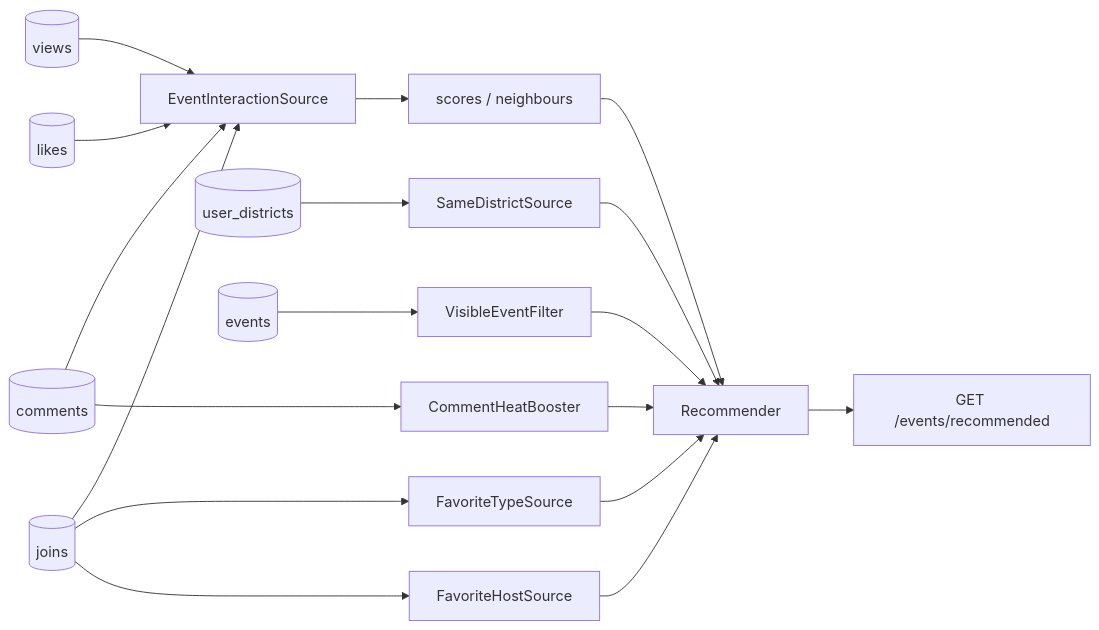
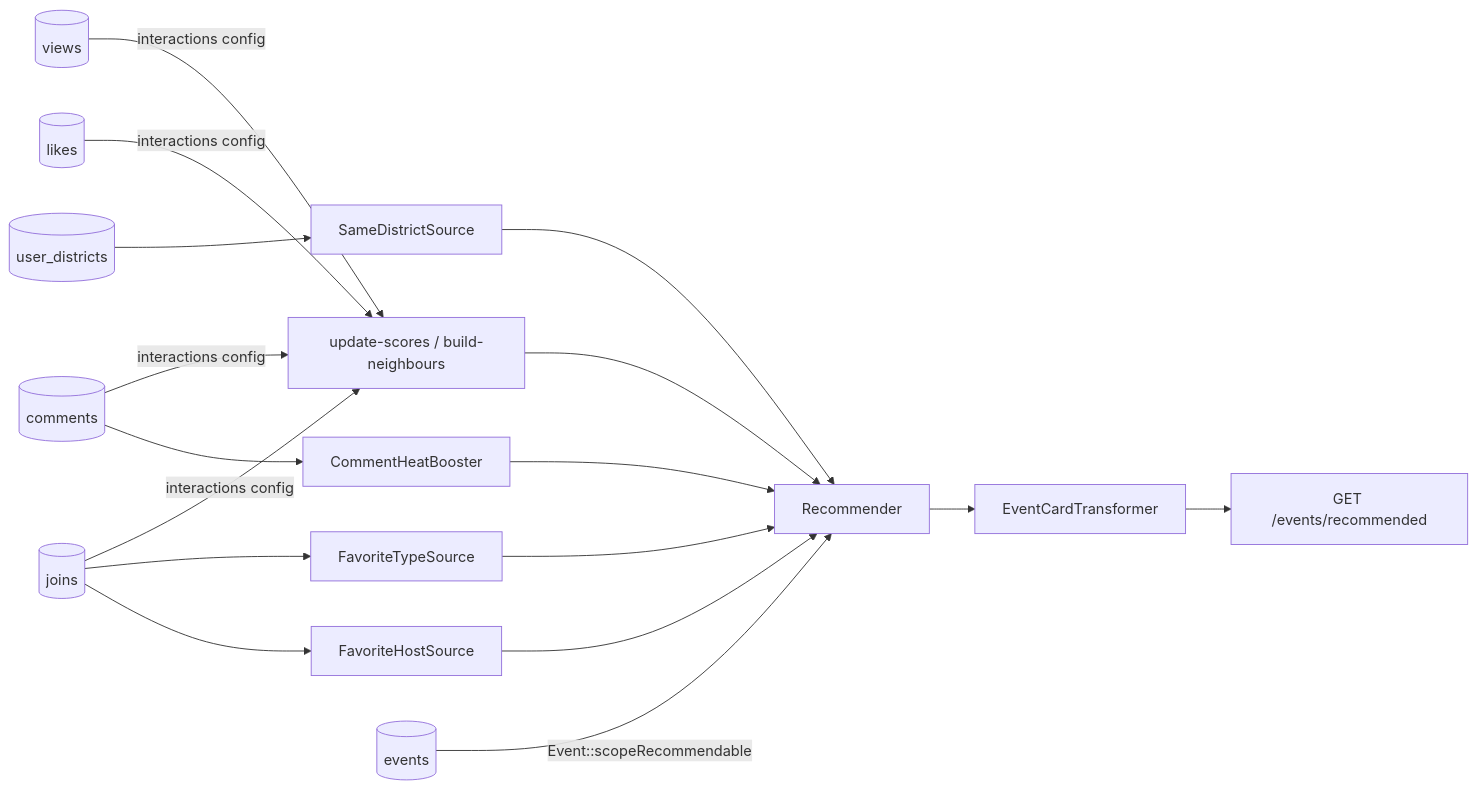
One commit to solutionforest/laravel-recommender changed the diagram in examples/events-advanced/README.md. Above: the diagram before and after it, drawn with Mermaid. The commit also changed other lines of this file and 56 other files, not shown here.

````diff
--- a/examples/events-advanced/README.md
+++ b/examples/events-advanced/README.md
@@ -17,16 +17,15 @@
 ```mermaid
 flowchart LR
-  V[(views)] & L[(likes)] & C[(comments)] & J[(joins)] --> I[EventInteractionSource]
+  V[(views)] & L[(likes)] & C[(comments)] & J[(joins)] -->|interactions config| I[update-scores / build-neighbours]
   UD[(user_districts)] --> D[SameDistrictSource]
   J --> T[FavoriteTypeSource]
   J --> H[FavoriteHostSource]
   C --> B[CommentHeatBooster]
-  I --> Jobs[scores / neighbours]
-  Jobs --> R[Recommender]
+  I --> R[Recommender]
   D --> R
   T --> R
   H --> R
   B --> R
-  E[(events)] --> F[VisibleEventFilter] --> R
-  R --> API["GET /events/recommended"]
+  E[(events)] -->|Event::scopeRecommendable| R
+  R --> CT[EventCardTransformer] --> API["GET /events/recommended"]
 ```
````
